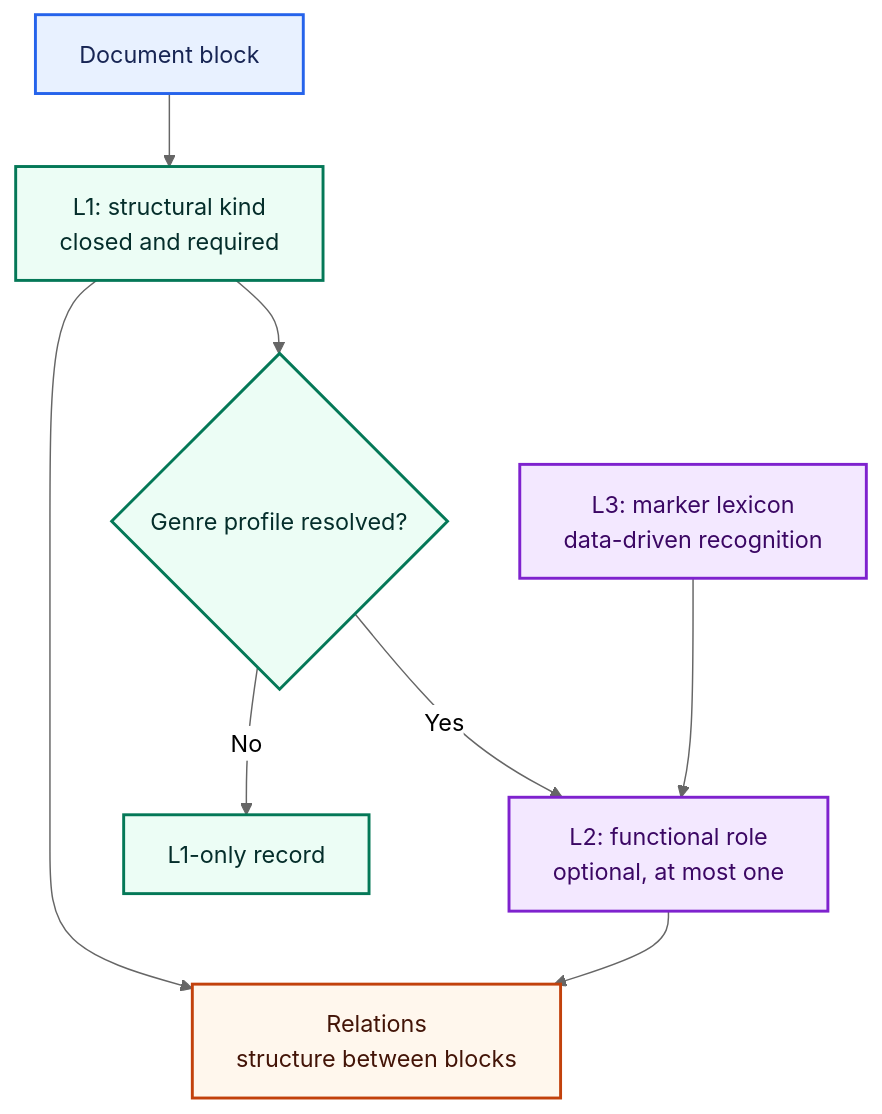
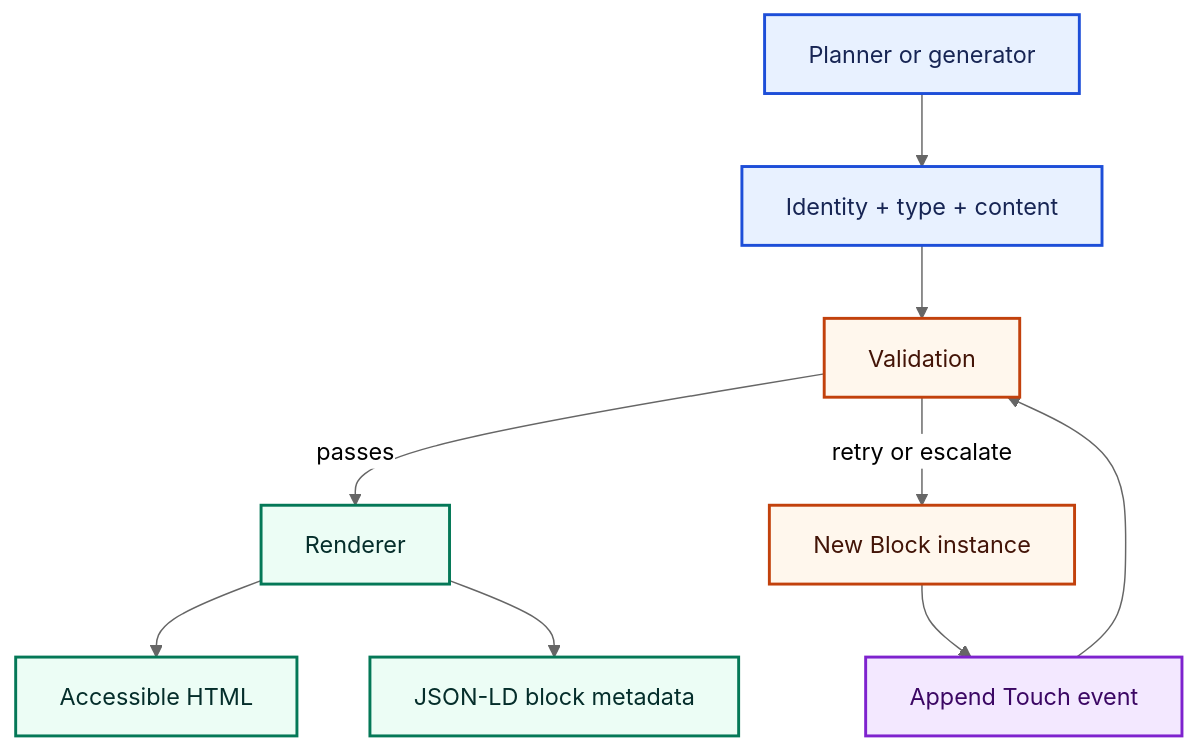
Before and after one commit to mdmurphy822/Ed4All: the second of 2 diagrams in docs/architecture/block-ontology.md, drawn with Mermaid (neutral theme). The commit also changed other lines of this file, not shown here.

Commit message:
docs(architecture): rebuild block ontology guide

````diff
--- a/docs/architecture/block-ontology.md
+++ b/docs/architecture/block-ontology.md
@@ -14,20 +74,20 @@
 ```mermaid
 flowchart TD
-    SOURCE["Document block"] --> L1["L1: structural kind<br/>closed and required"]
-    PROFILE{"Genre profile resolved?"}
-    L1 --> PROFILE
-    PROFILE -->|Yes| L2["L2: functional role<br/>optional, at most one"]
-    PROFILE -->|No| L1ONLY["L1-only record"]
-    LEXICON["L3: marker lexicon<br/>data-driven recognition"] --> L2
-    L1 --> REL["Relations<br/>structure between blocks"]
-    L2 --> REL
+    P["Planner or generator"] --> I["Identity + type + content"]
+    I --> V["Validation"]
+    V -->|"passes"| R["Renderer"]
+    V -->|"retry or escalate"| U["New Block instance"]
+    U --> T["Append Touch event"]
+    T --> V
+    R --> H["Accessible HTML"]
+    R --> J["JSON-LD block metadata"]
 
-    classDef source fill:#E8F1FF,stroke:#2563EB,color:#172554,stroke-width:2px;
-    classDef structure fill:#ECFDF5,stroke:#047857,color:#052E2B,stroke-width:2px;
-    classDef function fill:#F3E8FF,stroke:#7E22CE,color:#3B0764,stroke-width:2px;
-    classDef relation fill:#FFF7ED,stroke:#C2410C,color:#431407,stroke-width:2px;
-    class SOURCE source;
-    class L1,PROFILE,L1ONLY structure;
-    class L2,LEXICON function;
-    class REL relation;
+    classDef author fill:#E8F1FF,stroke:#1D4ED8,color:#172554,stroke-width:2px;
+    classDef gate fill:#FFF7ED,stroke:#C2410C,color:#431407,stroke-width:2px;
+    classDef audit fill:#F3E8FF,stroke:#7E22CE,color:#3B0764,stroke-width:2px;
+    classDef output fill:#ECFDF5,stroke:#047857,color:#052E2B,stroke-width:2px;
+    class P,I author;
+    class V,U gate;
+    class T audit;
+    class R,H,J output;
 ```
````
